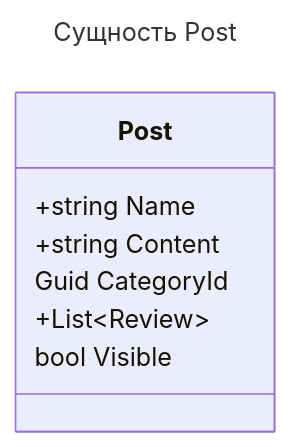
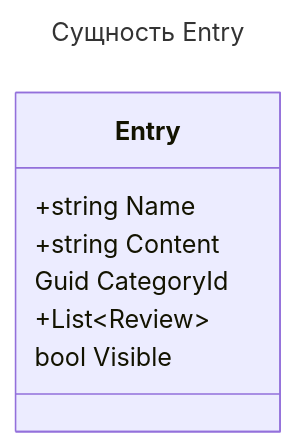
One commit to GitHubVasilev/Blog changed the third of 6 diagrams in readme.md. Above: the diagram before and after it, drawn with Mermaid. The commit also changed other lines of this file and 11 other files, not shown here.

````diff
--- a/readme.md
+++ b/readme.md
@@ -133,13 +132,13 @@
 ``` mermaid
 ---
-title: Сущность Post
+title: Сущность Entry
 ---
 classDiagram
-class Post {
+class Entry {
 	+string Name
 	+string Content
 	Guid CategoryId
 	+List~Review~
 	bool Visible
 }
 ```
````
